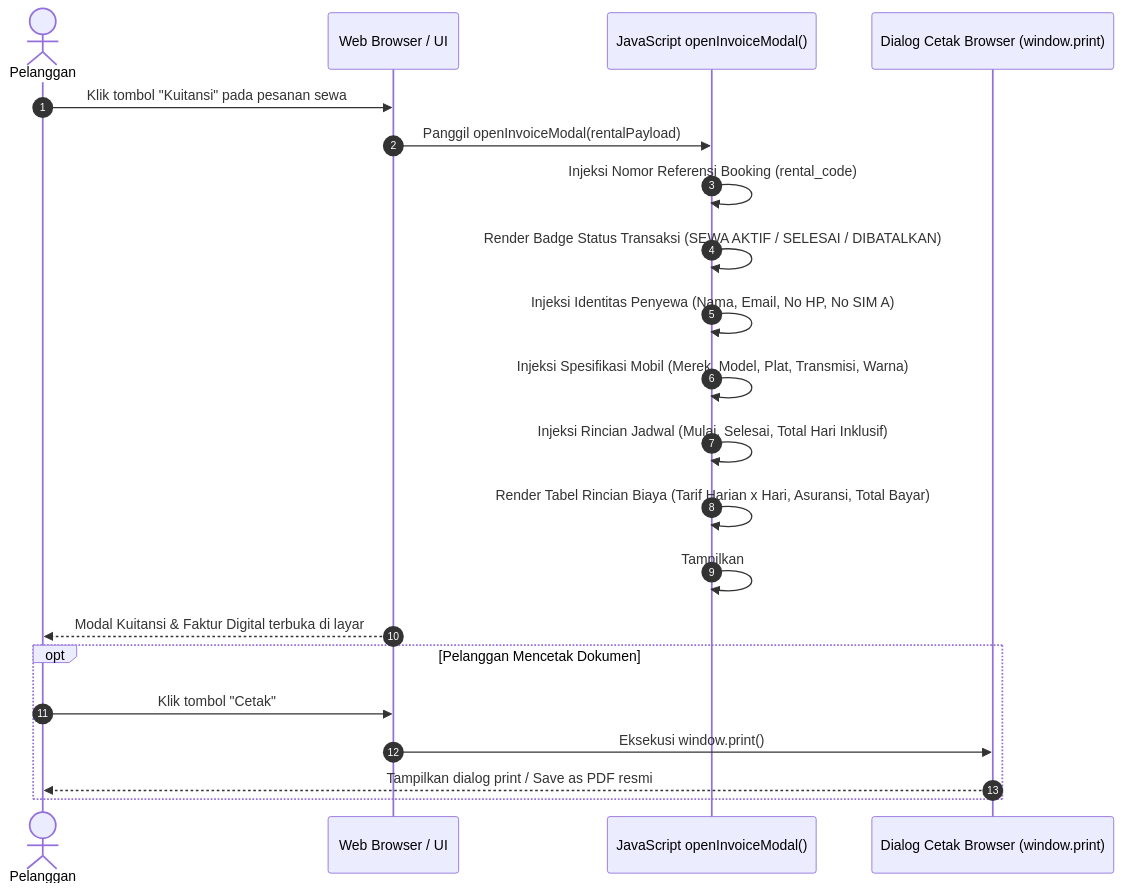
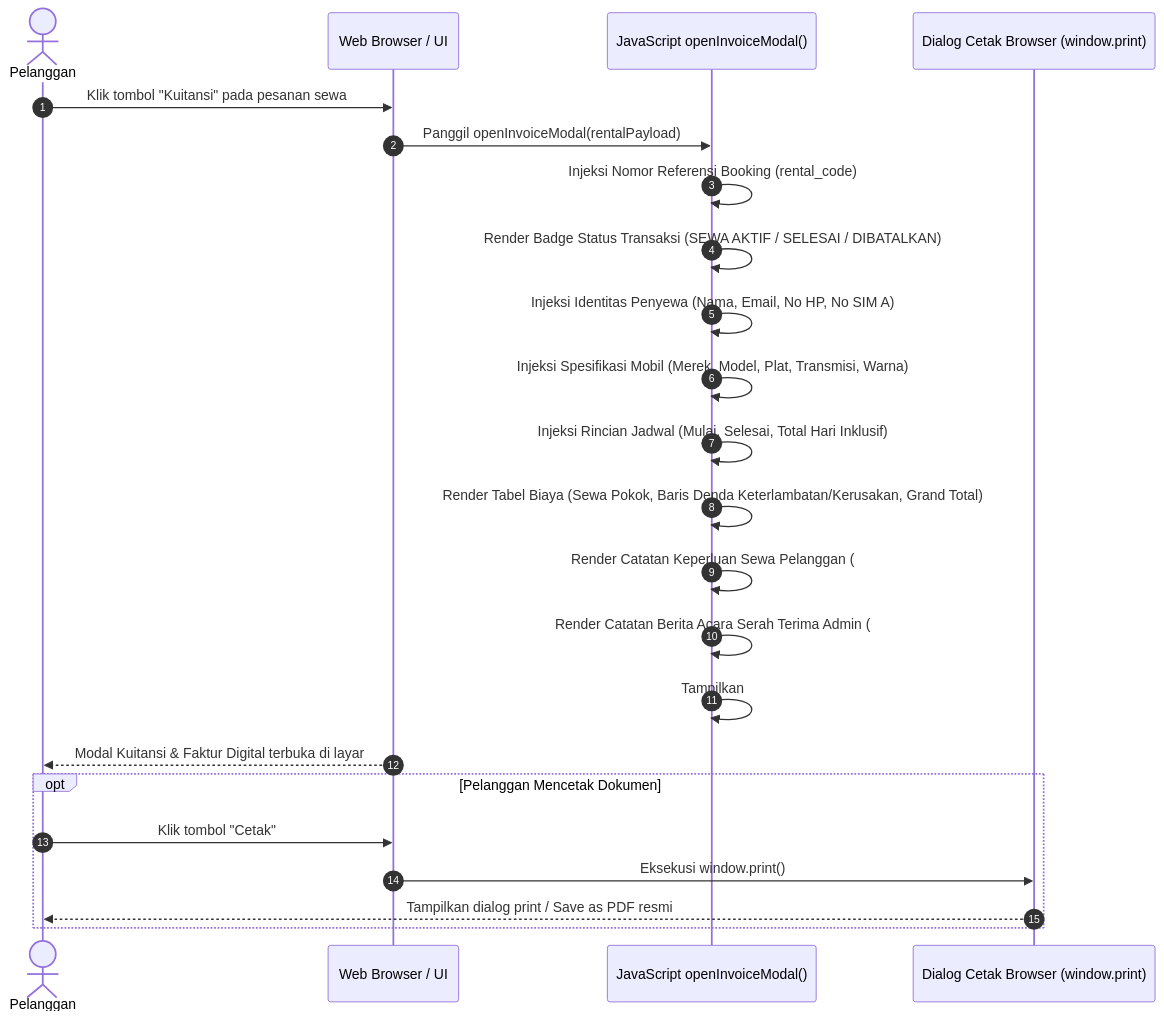
Before and after one commit to MF-Rozi/indrasari-rental-car-task: the third of 4 diagrams in docs/diagrams/rental-booking-sequence.md, drawn with Mermaid. The commit also changed 2 other files, not shown here.

Commit message:
docs: update ERD and sequence diagrams to include rental_code, admin_notes, and detailed breakdown of penalty charges

````diff
--- a/docs/diagrams/rental-booking-sequence.md
+++ b/docs/diagrams/rental-booking-sequence.md
@@ -115,25 +115,27 @@
 ```mermaid
 sequenceDiagram
     autonumber
     actor User as Pelanggan
     participant Browser as Web Browser / UI
     participant DOM as JavaScript openInvoiceModal()
     participant Print as Dialog Cetak Browser (window.print)
 
     User->>Browser: Klik tombol "Kuitansi" pada pesanan sewa
     Browser->>DOM: Panggil openInvoiceModal(rentalPayload)
     DOM->>DOM: Injeksi Nomor Referensi Booking (rental_code)
     DOM->>DOM: Render Badge Status Transaksi (SEWA AKTIF / SELESAI / DIBATALKAN)
     DOM->>DOM: Injeksi Identitas Penyewa (Nama, Email, No HP, No SIM A)
     DOM->>DOM: Injeksi Spesifikasi Mobil (Merek, Model, Plat, Transmisi, Warna)
     DOM->>DOM: Injeksi Rincian Jadwal (Mulai, Selesai, Total Hari Inklusif)
-    DOM->>DOM: Render Tabel Rincian Biaya (Tarif Harian x Hari, Asuransi, Total Bayar)
+    DOM->>DOM: Render Tabel Biaya (Sewa Pokok, Baris Denda Keterlambatan/Kerusakan, Grand Total)
+    DOM->>DOM: Render Catatan Keperluan Sewa Pelanggan (#invoiceCustomerNotesContainer)
+    DOM->>DOM: Render Catatan Berita Acara Serah Terima Admin (#invoiceAdminNotesContainer)
     DOM->>DOM: Tampilkan #rentalInvoiceModal dengan latar backdrop blur
     Browser-->>User: Modal Kuitansi & Faktur Digital terbuka di layar
 
     opt Pelanggan Mencetak Dokumen
         User->>Browser: Klik tombol "Cetak"
         Browser->>Print: Eksekusi window.print()
         Print-->>User: Tampilkan dialog print / Save as PDF resmi
     end
 ```
````
